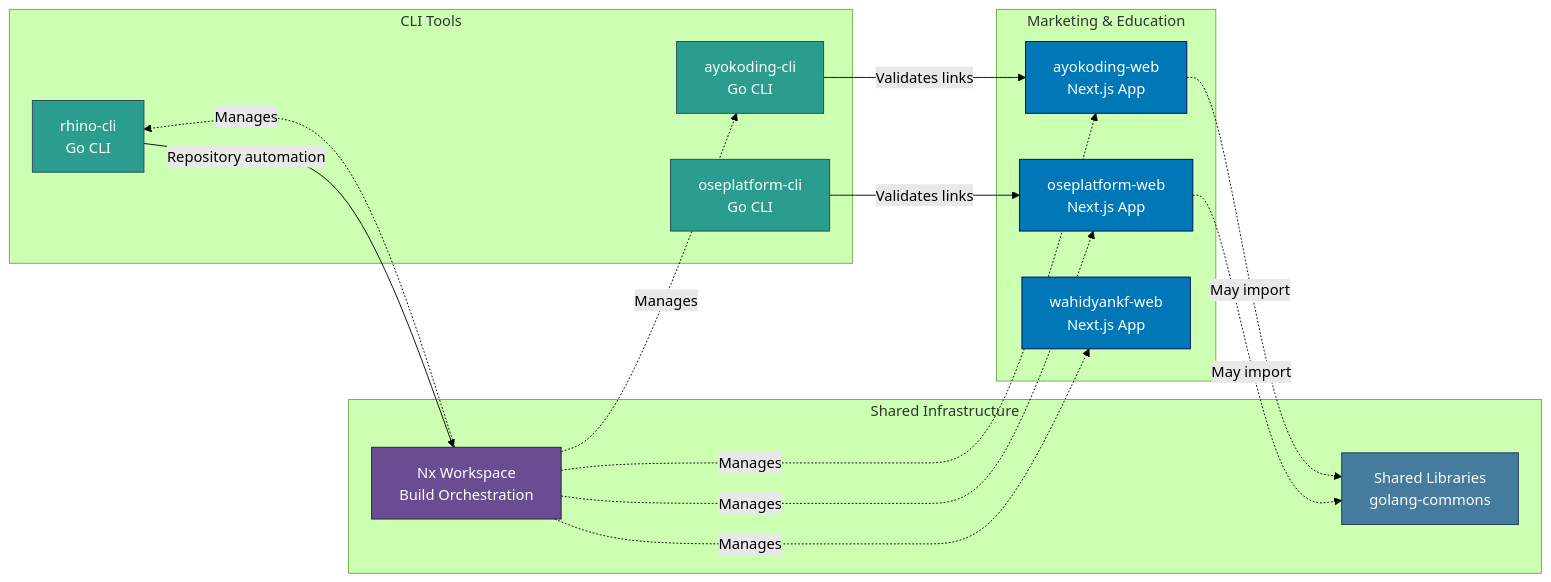
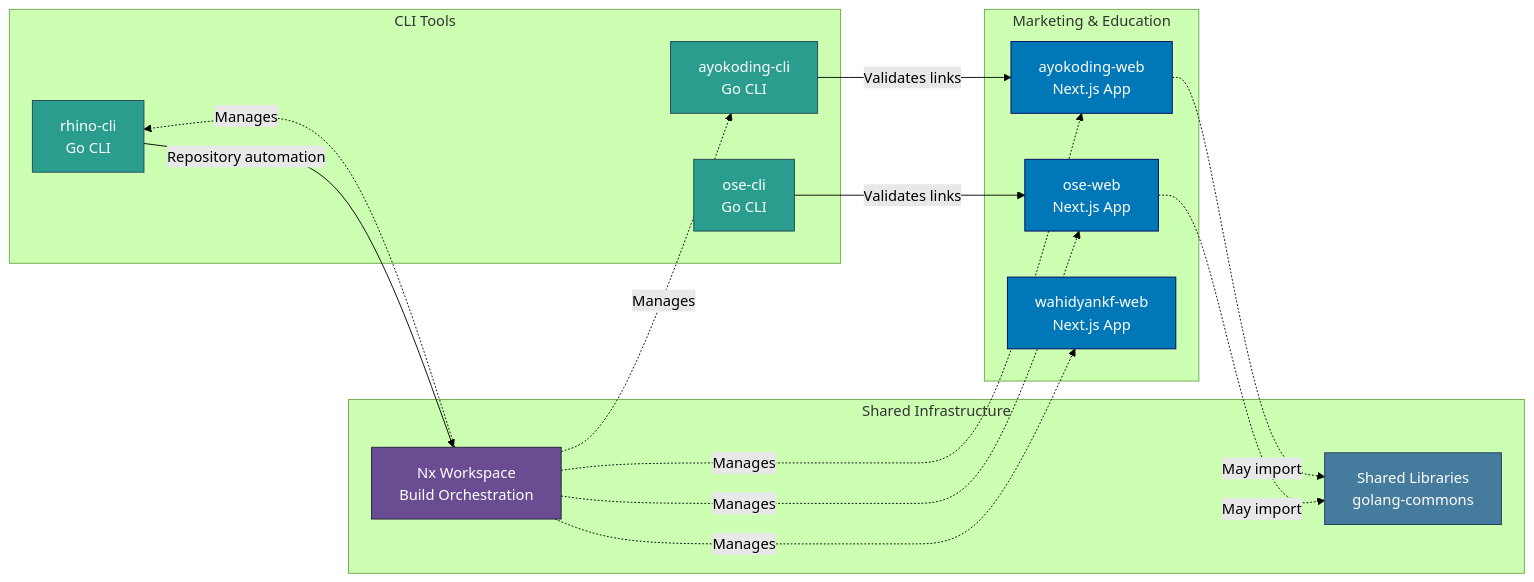
The first of 2 diagrams in docs/reference/system-architecture/applications.md (wahidyankf/open-sharia-enterprise), drawn with Mermaid (forest theme) before and after one commit. The commit also changed other lines of this file and 431 other files, not shown here.

Commit message:
refactor(ose-web): rename oseplatform-* to ose-* for shorter names

````diff
--- a/docs/reference/system-architecture/applications.md
+++ b/docs/reference/system-architecture/applications.md
@@ -178,39 +178,39 @@
 ```mermaid
 graph LR
     subgraph "Marketing & Education"
-        OSE[oseplatform-web<br/>Next.js App]
+        OSE[ose-web<br/>Next.js App]
         AYO[ayokoding-web<br/>Next.js App]
         WKF[wahidyankf-web<br/>Next.js App]
     end
 
     subgraph "CLI Tools"
         AYOCLI[ayokoding-cli<br/>Go CLI]
         RHINO[rhino-cli<br/>Go CLI]
-        OSECLI[oseplatform-cli<br/>Go CLI]
+        OSECLI[ose-cli<br/>Go CLI]
     end
 
     subgraph "Shared Infrastructure"
         NX[Nx Workspace<br/>Build Orchestration]
         LIBS[Shared Libraries<br/>golang-commons]
     end
 
     AYOCLI -->|Validates links| AYO
     RHINO -->|Repository automation| NX
     OSECLI -->|Validates links| OSE
     NX -.->|Manages| OSE
     NX -.->|Manages| AYO
     NX -.->|Manages| WKF
     NX -.->|Manages| AYOCLI
     NX -.->|Manages| RHINO
     OSE -.->|May import| LIBS
     AYO -.->|May import| LIBS
 
     style OSE fill:#0077b6,stroke:#03045e,color:#ffffff
     style AYO fill:#0077b6,stroke:#03045e,color:#ffffff
     style WKF fill:#0077b6,stroke:#03045e,color:#ffffff
     style AYOCLI fill:#2a9d8f,stroke:#264653,color:#ffffff
     style RHINO fill:#2a9d8f,stroke:#264653,color:#ffffff
     style OSECLI fill:#2a9d8f,stroke:#264653,color:#ffffff
     style NX fill:#6a4c93,stroke:#22223b,color:#ffffff
     style LIBS fill:#457b9d,stroke:#1d3557,color:#ffffff
 ```
````
